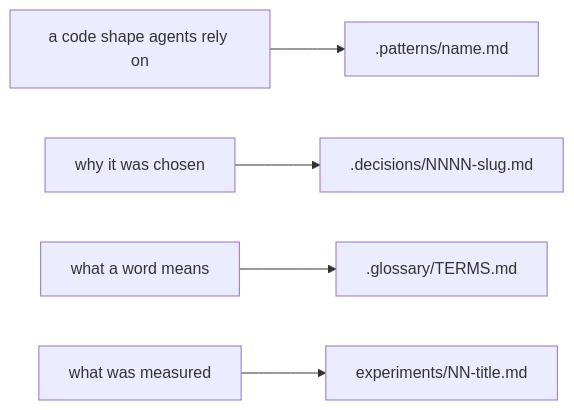
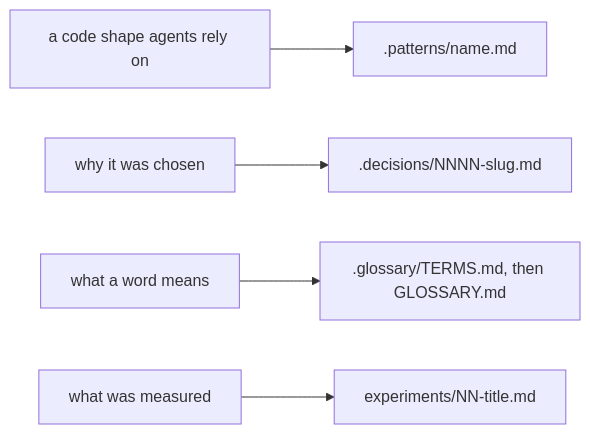
Before and after one commit to kamp-us/tea-fabrika: the diagram in .patterns/README.md, drawn with Mermaid. The commit also changed 11 other files, not shown here.

First line of the commit message:
The glossary starts over as a one-page map of contexts, and review checks that a new domain word is in its context's glossary

````diff
--- a/.patterns/README.md
+++ b/.patterns/README.md
@@ -8,7 +8,7 @@
 ```mermaid
 flowchart LR
   shape["a code shape agents rely on"] --> patterns[".patterns/name.md"]
   why["why it was chosen"] --> decisions[".decisions/NNNN-slug.md"]
-  word["what a word means"] --> glossary[".glossary/TERMS.md"]
+  word["what a word means"] --> glossary[".glossary/TERMS.md, then GLOSSARY.md"]
   measured["what was measured"] --> experiments["experiments/NN-title.md"]
 ```
````
